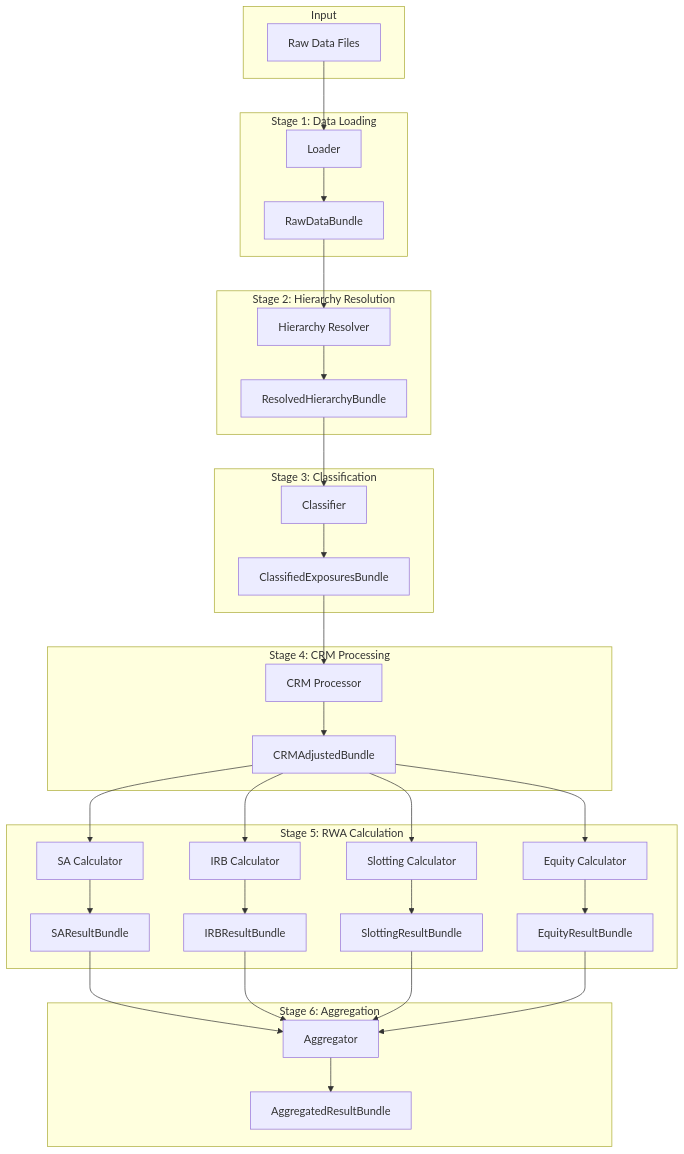
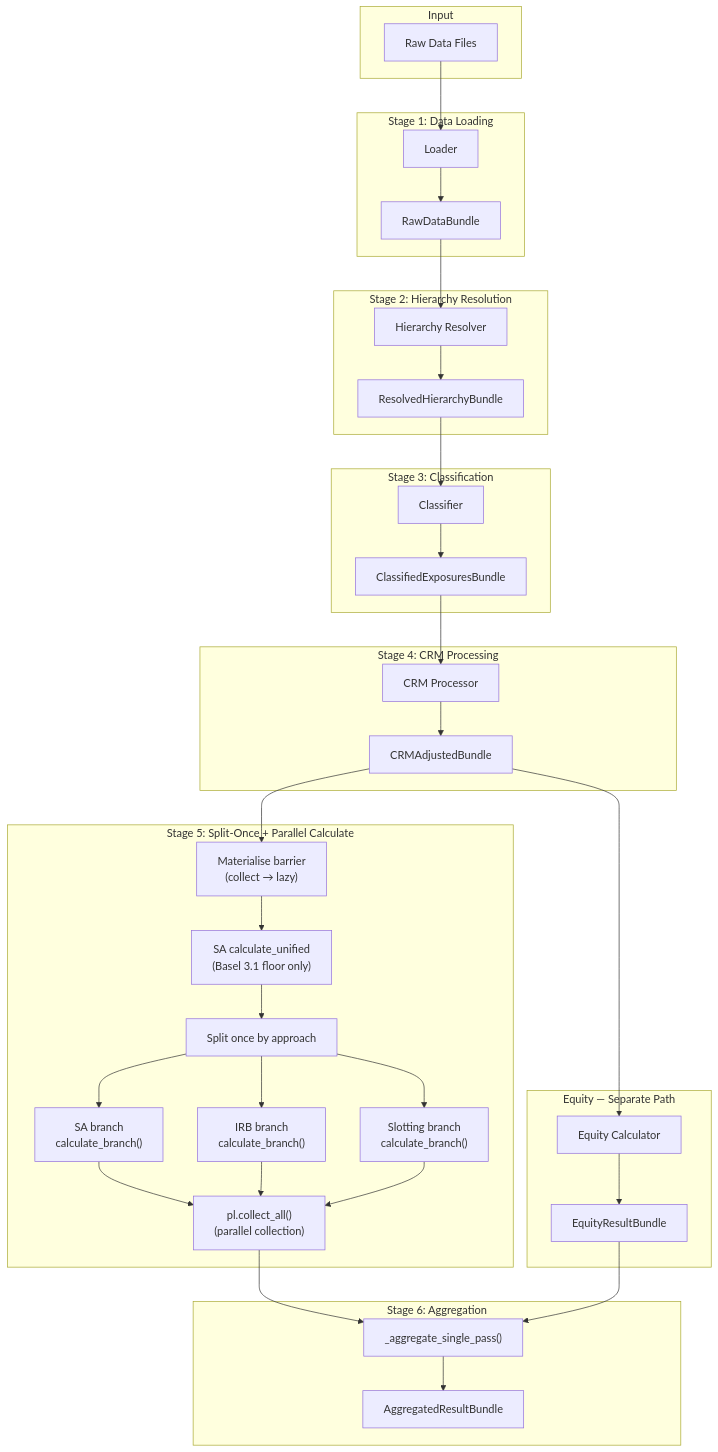
The diagram in docs/architecture/pipeline.md (OpenAfterHours/rwa_calculator), drawn with Mermaid before and after one commit. The commit also changed other lines of this file and 11 other files, not shown here.

````diff
--- a/docs/architecture/pipeline.md
+++ b/docs/architecture/pipeline.md
@@ -7,52 +7,56 @@
 ```mermaid
 flowchart TD
     subgraph Input
         A[Raw Data Files]
     end
 
     subgraph Stage1[Stage 1: Data Loading]
         B[Loader]
         B1[RawDataBundle]
     end
 
     subgraph Stage2[Stage 2: Hierarchy Resolution]
         C[Hierarchy Resolver]
         C1[ResolvedHierarchyBundle]
     end
 
     subgraph Stage3[Stage 3: Classification]
         D[Classifier]
         D1[ClassifiedExposuresBundle]
     end
 
     subgraph Stage4[Stage 4: CRM Processing]
         E[CRM Processor]
         E1[CRMAdjustedBundle]
     end
 
-    subgraph Stage5[Stage 5: RWA Calculation]
-        F[SA Calculator]
-        G[IRB Calculator]
-        H[Slotting Calculator]
+    subgraph Stage5[Stage 5: Split-Once + Parallel Calculate]
+        M["Materialise barrier<br/>(collect → lazy)"]
+        U["SA calculate_unified<br/>(Basel 3.1 floor only)"]
+        SP[Split once by approach]
+        F["SA branch<br/>calculate_branch()"]
+        G["IRB branch<br/>calculate_branch()"]
+        H["Slotting branch<br/>calculate_branch()"]
+        CA["pl.collect_all()<br/>(parallel collection)"]
+    end
+
+    subgraph Equity[Equity — Separate Path]
         L[Equity Calculator]
-        F1[SAResultBundle]
-        G1[IRBResultBundle]
-        H1[SlottingResultBundle]
         L1[EquityResultBundle]
     end
 
     subgraph Stage6[Stage 6: Aggregation]
-        I[Aggregator]
+        I["_aggregate_single_pass()"]
         I1[AggregatedResultBundle]
     end
 
     A --> B --> B1
     B1 --> C --> C1
     C1 --> D --> D1
     D1 --> E --> E1
-    E1 --> F --> F1
-    E1 --> G --> G1
-    E1 --> H --> H1
+    E1 --> M --> U --> SP
+    SP --> F & G & H
+    F & G & H --> CA
     E1 --> L --> L1
-    F1 & G1 & H1 & L1 --> I --> I1
+    CA & L1 --> I --> I1
 ```
````
